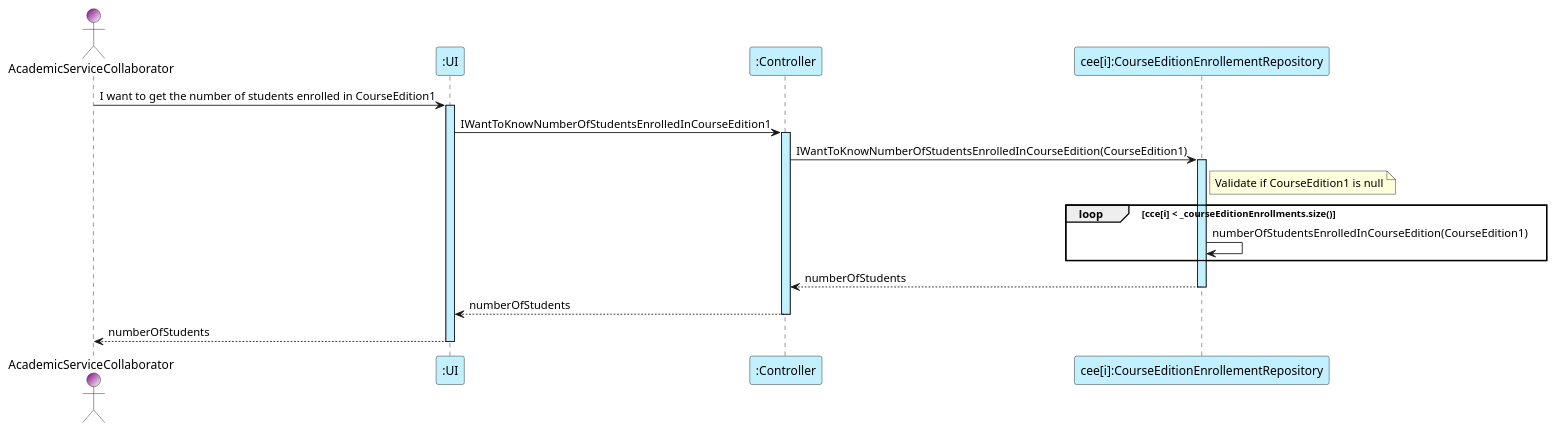
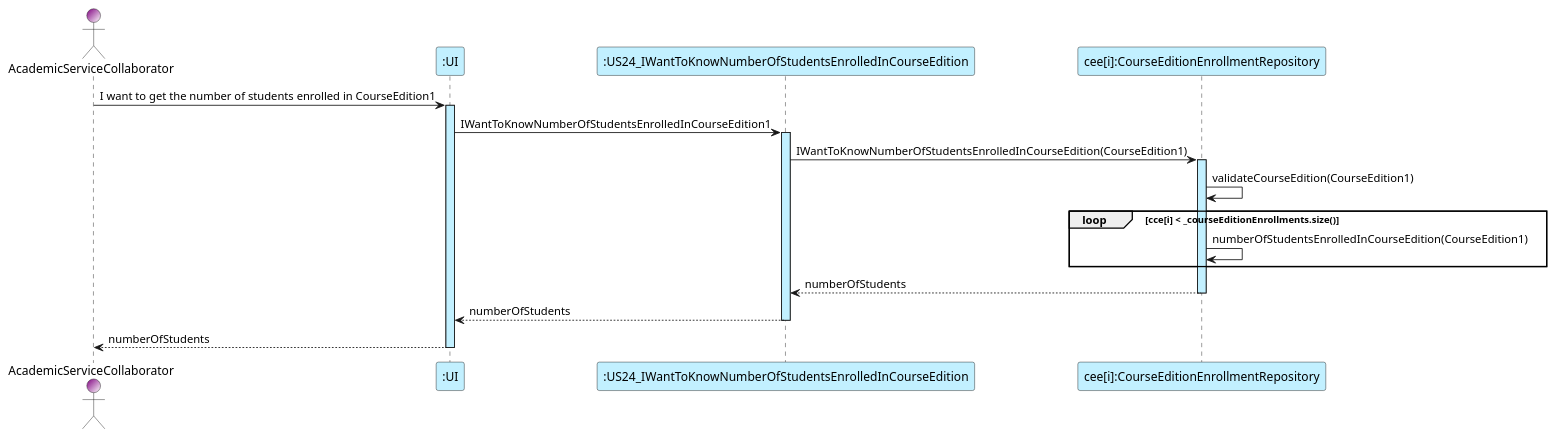
The diagram in docs/US24/US24_IWantToKnowNumberOfStudentsEnrolledInCourseEdition.puml (GasparISEP/DevOps-PAI), drawn with PlantUML before and after one commit. The commit also changed 2 other files, not shown here.

Commit message:
Updated diagrams and controller for US24

```diff
--- a/docs/US24/US24_IWantToKnowNumberOfStudentsEnrolledInCourseEdition.puml
+++ b/docs/US24/US24_IWantToKnowNumberOfStudentsEnrolledInCourseEdition.puml
@@ -1,29 +1,29 @@
 @startuml
 'https://plantuml.com/sequence-diagram
 
 actor AcademicServiceCollaborator as ASC #Purple/White
 participant ":UI" as UI #application
-participant ":Controller" as C #application
-participant "cee[i]:CourseEditionEnrollementRepository" as CEER #application
+participant ":US24_IWantToKnowNumberOfStudentsEnrolledInCourseEdition" as C #application
+participant "cee[i]:CourseEditionEnrollmentRepository" as CEER #application
 
 ASC -> UI : I want to get the number of students enrolled in CourseEdition1
 activate UI #application
 UI -> C  : IWantToKnowNumberOfStudentsEnrolledInCourseEdition1
 activate C #application
 C -> CEER : IWantToKnowNumberOfStudentsEnrolledInCourseEdition(CourseEdition1)
 activate CEER #application
 
-note right of CEER : Validate if CourseEdition1 is null
+CEER -> CEER : validateCourseEdition(CourseEdition1)
 
 loop cce[i] < _courseEditionEnrollments.size()
     CEER -> CEER : numberOfStudentsEnrolledInCourseEdition(CourseEdition1)
 end loop
 
 C <-- CEER : numberOfStudents
 deactivate CEER #application
 UI <-- C : numberOfStudents
 deactivate C #application
 ASC <-- UI : numberOfStudents
 deactivate UI #application
 
 @enduml
```
